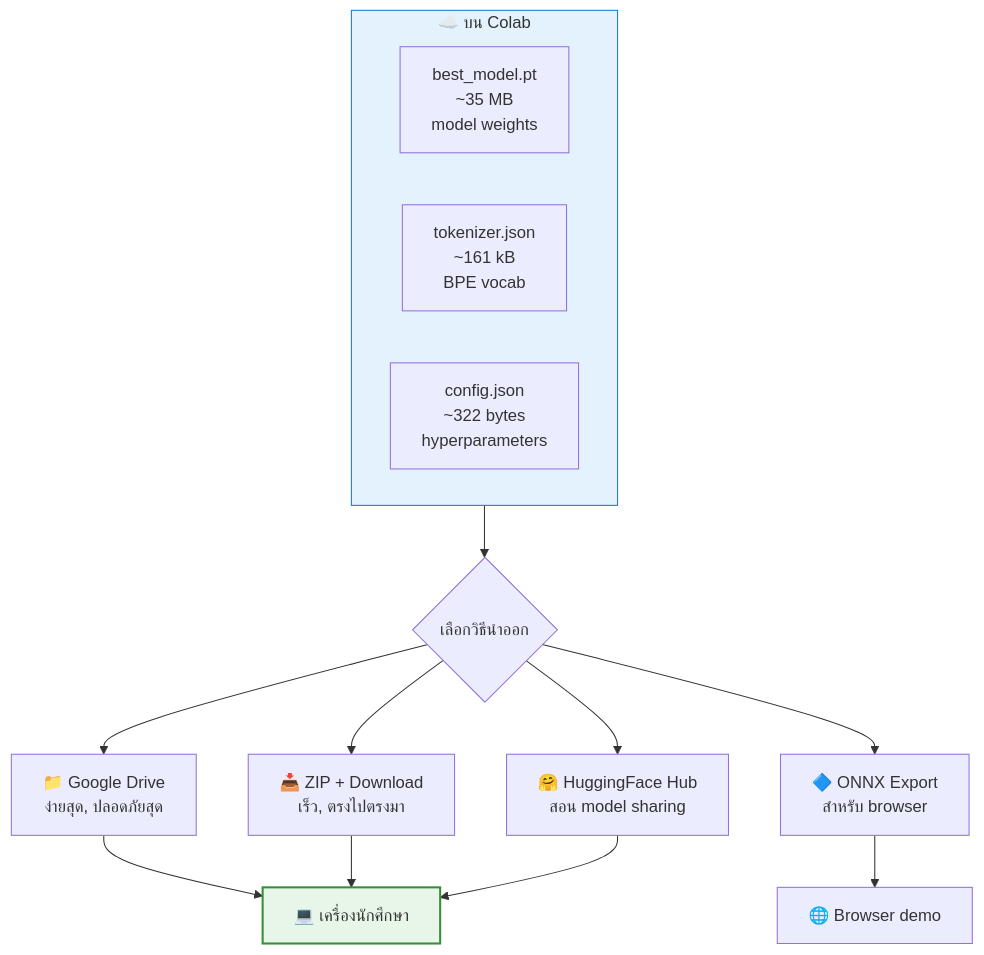
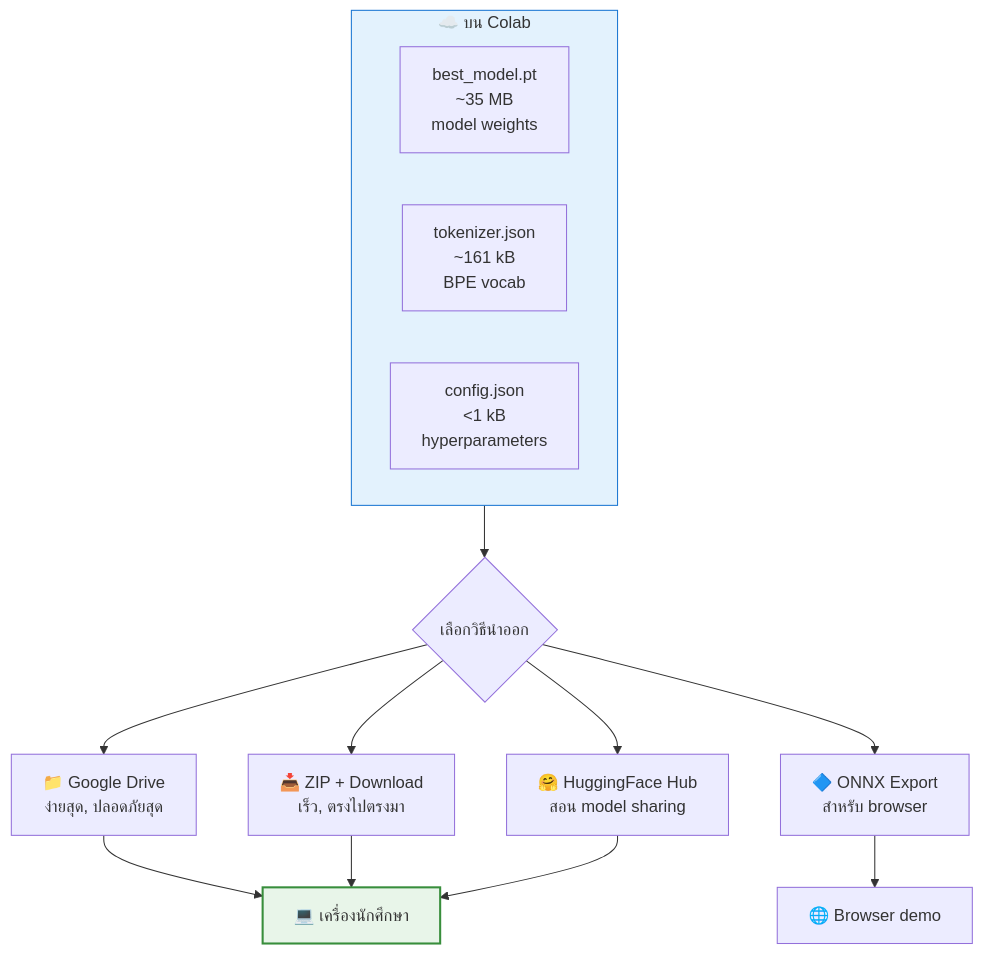
One commit to chaisit/guppyllm-workshop changed the first of 6 diagrams in docs/04-export-checkpoint.md. Above: the diagram before and after it, drawn with Mermaid. The commit also changed other lines of this file and 7 other files, not shown here.

````diff
--- a/docs/04-export-checkpoint.md
+++ b/docs/04-export-checkpoint.md
@@ -20,23 +20,23 @@
 ```mermaid
 flowchart TD
     subgraph COLAB["☁️ บน Colab"]
         C1["best_model.pt<br/>~35 MB<br/>model weights"]
         C2["tokenizer.json<br/>~161 kB<br/>BPE vocab"]
-        C3["config.json<br/>~322 bytes<br/>hyperparameters"]
+        C3["config.json<br/>&lt;1 kB<br/>hyperparameters"]
     end
 
     COLAB --> Q{"เลือกวิธีนำออก"}
 
     Q --> M1["📁 Google Drive<br/>ง่ายสุด, ปลอดภัยสุด"]
     Q --> M2["📥 ZIP + Download<br/>เร็ว, ตรงไปตรงมา"]
     Q --> M3["🤗 HuggingFace Hub<br/>สอน model sharing"]
     Q --> M4["🔷 ONNX Export<br/>สำหรับ browser"]
 
     M1 --> LOCAL["💻 เครื่องนักศึกษา"]
     M2 --> LOCAL
     M3 --> LOCAL
     M4 --> WEB["🌐 Browser demo"]
 
     style COLAB fill:#e3f2fd,stroke:#1976d2
     style LOCAL fill:#e8f5e9,stroke:#388e3c,stroke-width:2px
 ```
````
